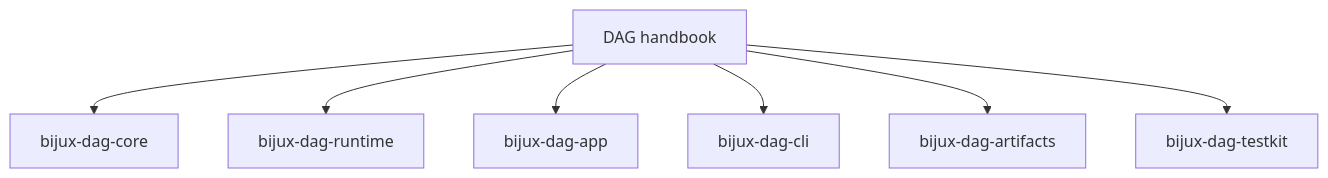
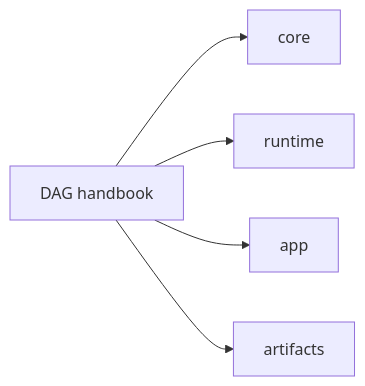
Before and after one commit to bijux/bijux-cli: the diagram in docs/bijux-dag/index.md, drawn with Mermaid. The commit also changed other lines of this file, not shown here.

Commit message:
docs(dag): clarify the graph handbook root

````diff
--- a/docs/bijux-dag/index.md
+++ b/docs/bijux-dag/index.md
@@ -30,10 +27,7 @@
 ```mermaid
-flowchart TB
-    handbook["DAG handbook"]
-    handbook --> core["bijux-dag-core"]
-    handbook --> runtime["bijux-dag-runtime"]
-    handbook --> app["bijux-dag-app"]
-    handbook --> cli["bijux-dag-cli"]
-    handbook --> artifacts["bijux-dag-artifacts"]
-    handbook --> testkit["bijux-dag-testkit"]
+flowchart LR
+    handbook["DAG handbook"] --> core["core"]
+    handbook --> runtime["runtime"]
+    handbook --> app["app"]
+    handbook --> artifacts["artifacts"]
 ```
````
